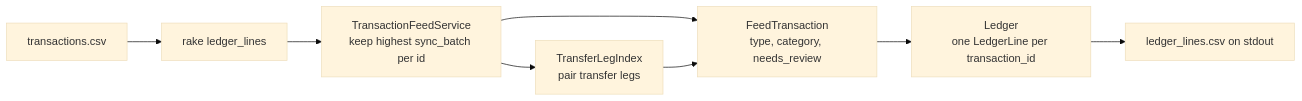
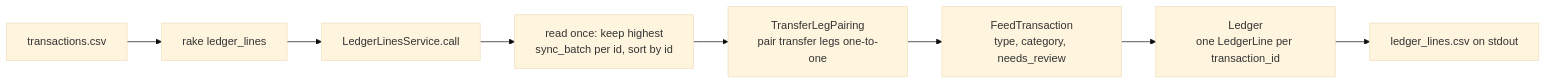
One commit to authorbeard/ledger_lines changed the diagram in README.md. Above: the diagram before and after it, drawn with Mermaid (base theme). The commit also changed other lines of this file and 1 other file, not shown here.

Commit message:
Update the README flow chart for LedgerLinesService

````diff
--- a/README.md
+++ b/README.md
@@ -30,10 +30,10 @@
 ```mermaid
 flowchart LR
     A[transactions.csv] --> B[rake ledger_lines]
-    B --> C[TransactionFeedService<br/>keep highest sync_batch per id]
-    C --> D[TransferLegIndex<br/>pair transfer legs]
-    C --> E[FeedTransaction<br/>type, category, needs_review]
-    D --> E
-    E --> F[Ledger<br/>one LedgerLine per transaction_id]
-    F --> G[ledger_lines.csv on stdout]
+    B --> C[LedgerLinesService.call]
+    C --> D[read once: keep highest<br/>sync_batch per id, sort by id]
+    D --> E[TransferLegPairing<br/>pair transfer legs one-to-one]
+    E --> F[FeedTransaction<br/>type, category, needs_review]
+    F --> G[Ledger<br/>one LedgerLine per transaction_id]
+    G --> H[ledger_lines.csv on stdout]
 ```
````
